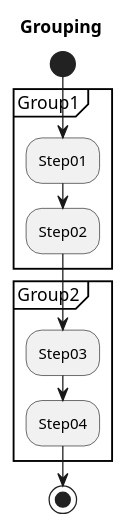
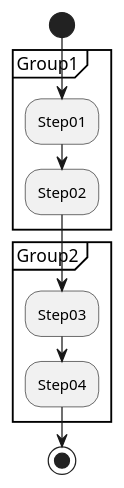
One commit to chraxo/UmlMarkdownCheatSheet changed diagram 23 of 33 in uml_markdown_summary.md. Above: the diagram before and after it, drawn with PlantUML. The commit also changed other lines of this file, not shown here.

```diff
--- a/uml_markdown_summary.md
+++ b/uml_markdown_summary.md
@@ -531,13 +655,12 @@
 @startuml
-title Grouping
 start
 partition Group1{
     :Step01;
     :Step02;
 }
 partition Group2{
     :Step03;
     :Step04;
 }
 stop
 @enduml
```
